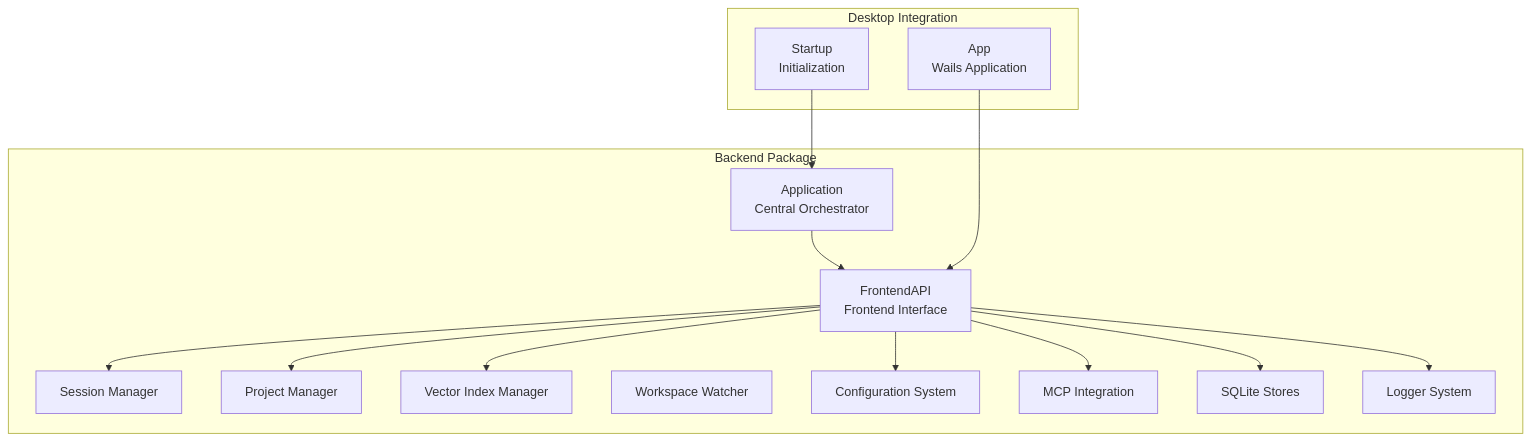
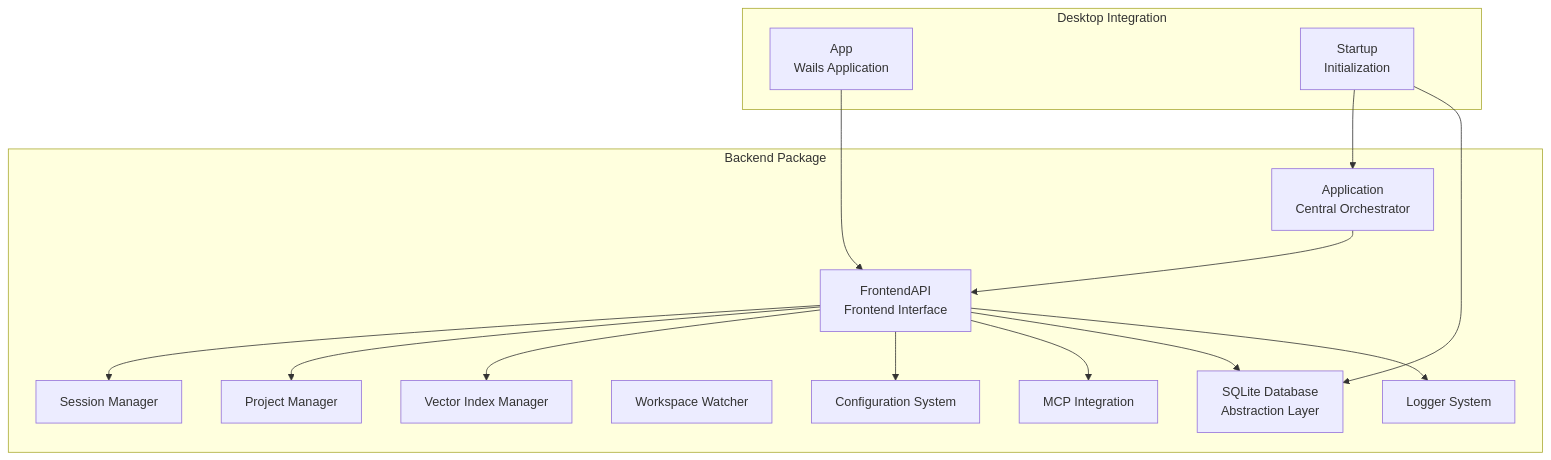
The first of 3 diagrams in .qoder/repowiki/en/content/Architecture/Backend Services Architecture.md (v0lka/c0wrk), drawn with Mermaid before and after one commit. The commit also changed other lines of this file and 35 other files, not shown here.

````diff
--- a/.qoder/repowiki/en/content/Architecture/Backend Services Architecture.md
+++ b/.qoder/repowiki/en/content/Architecture/Backend Services Architecture.md
@@ -61,29 +62,30 @@
 ```mermaid
 graph TB
 subgraph "Backend Package"
 A["Application<br/>Central Orchestrator"]
 B["FrontendAPI<br/>Frontend Interface"]
 C["Session Manager"]
 D["Project Manager"]
 E["Vector Index Manager"]
 F["Workspace Watcher"]
 G["Configuration System"]
 H["MCP Integration"]
-I["SQLite Stores"]
+I["SQLite Database<br/>Abstraction Layer"]
 J["Logger System"]
 end
 subgraph "Desktop Integration"
 K["App<br/>Wails Application"]
 L["Startup<br/>Initialization"]
 end
 A --> B
 B --> C
 B --> D
 B --> E
 B --> G
 B --> H
 B --> I
 B --> J
 K --> B
 L --> A
+L --> I
 ```
````
